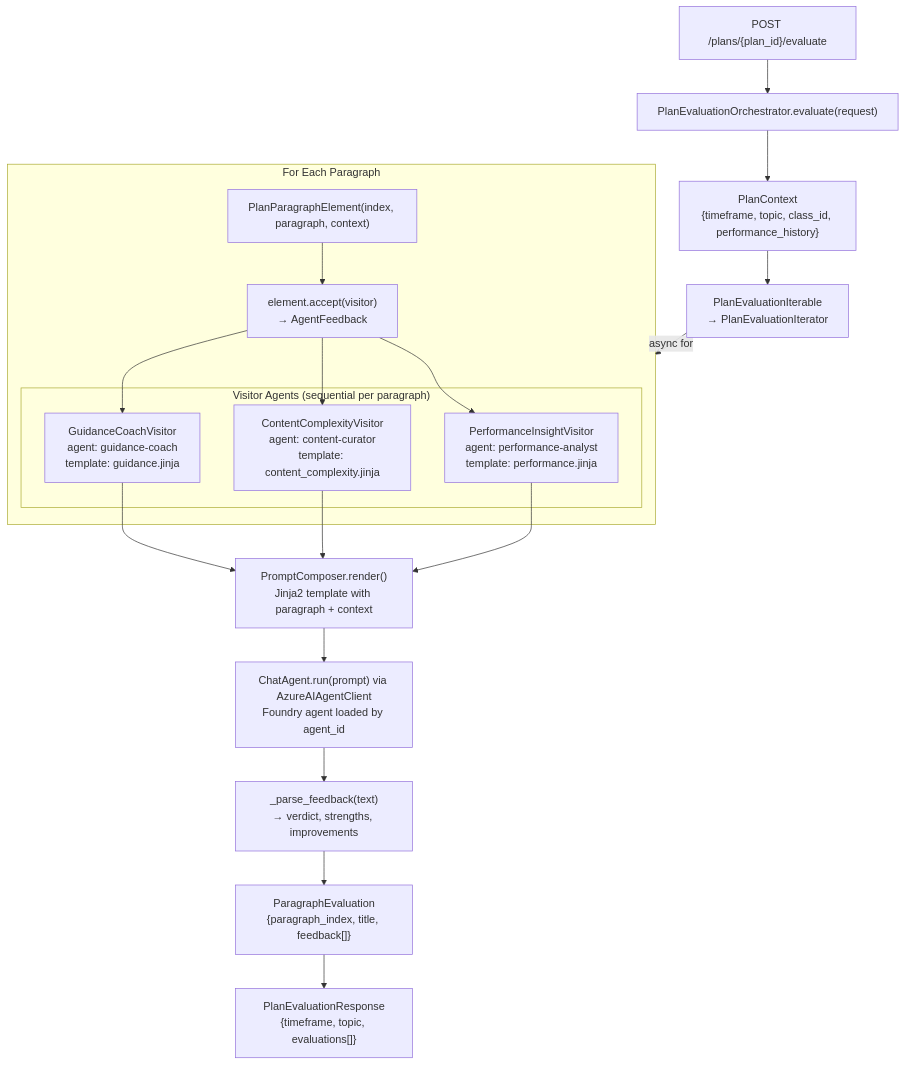
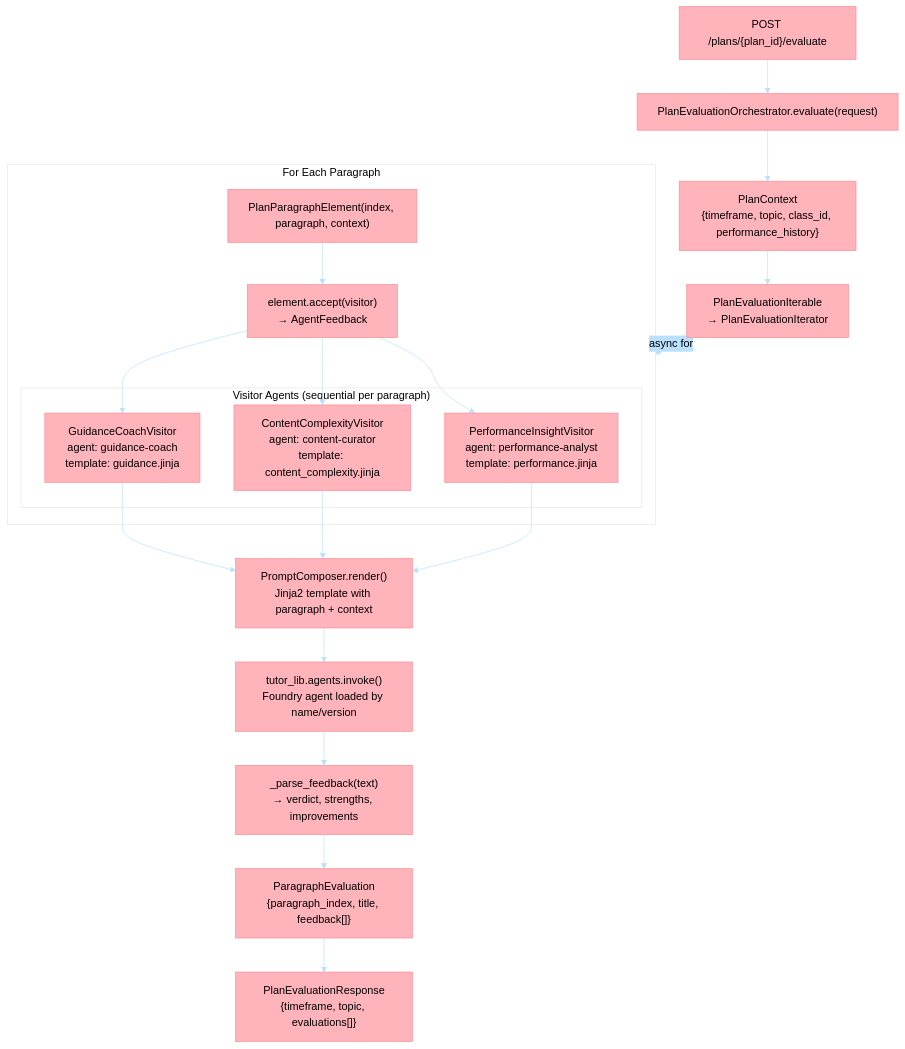
Before and after one commit to Azure-Samples/tutor: diagram 21 of 26 in docs/architecture.md, drawn with Mermaid. The commit also changed other lines of this file and 41 other files, not shown here.

Commit message:
docs: consolidate current architecture decisions

````diff
--- a/docs/architecture.md
+++ b/docs/architecture.md
@@ -983,36 +1127,44 @@
 ```mermaid
+%%{init: {'theme':'base', 'themeVariables': {
+  'primaryColor':'#FFB3BA',
+  'primaryTextColor':'#000',
+  'primaryBorderColor':'#FF8B94',
+  'lineColor':'#BAE1FF',
+  'secondaryColor':'#BAE1FF',
+  'tertiaryColor':'#FFFFFF'
+}}}%%
 flowchart TD
     API["POST /plans/{plan_id}/evaluate"]
     ORCH["PlanEvaluationOrchestrator.evaluate(request)"]
     CTX["PlanContext\n{timeframe, topic, class_id, performance_history}"]
     ITER["PlanEvaluationIterable\n→ PlanEvaluationIterator"]
 
     subgraph Paragraph["For Each Paragraph"]
         ELEMENT["PlanParagraphElement(index, paragraph, context)"]
         
         subgraph Visitors["Visitor Agents (sequential per paragraph)"]
             PERF["PerformanceInsightVisitor\nagent: performance-analyst\ntemplate: performance.jinja"]
             CONTENT["ContentComplexityVisitor\nagent: content-curator\ntemplate: content_complexity.jinja"]
             GUIDANCE["GuidanceCoachVisitor\nagent: guidance-coach\ntemplate: guidance.jinja"]
         end
 
         ACCEPT["element.accept(visitor)\n→ AgentFeedback"]
     end
 
     PROMPT["PromptComposer.render()\nJinja2 template with paragraph + context"]
-    AGENT_RUN["ChatAgent.run(prompt) via AzureAIAgentClient\nFoundry agent loaded by agent_id"]
+    AGENT_RUN["tutor_lib.agents.invoke()\nFoundry agent loaded by name/version"]
     PARSE["_parse_feedback(text)\n→ verdict, strengths, improvements"]
     EVAL["ParagraphEvaluation\n{paragraph_index, title, feedback[]}"]
     RESULT["PlanEvaluationResponse\n{timeframe, topic, evaluations[]}"]
 
     API --> ORCH --> CTX --> ITER
     ITER -->|"async for"| Paragraph
     ELEMENT --> ACCEPT
     ACCEPT --> PERF
     ACCEPT --> CONTENT
     ACCEPT --> GUIDANCE
     PERF --> PROMPT --> AGENT_RUN --> PARSE --> EVAL
     CONTENT --> PROMPT
     GUIDANCE --> PROMPT
     EVAL --> RESULT
 ```
````
